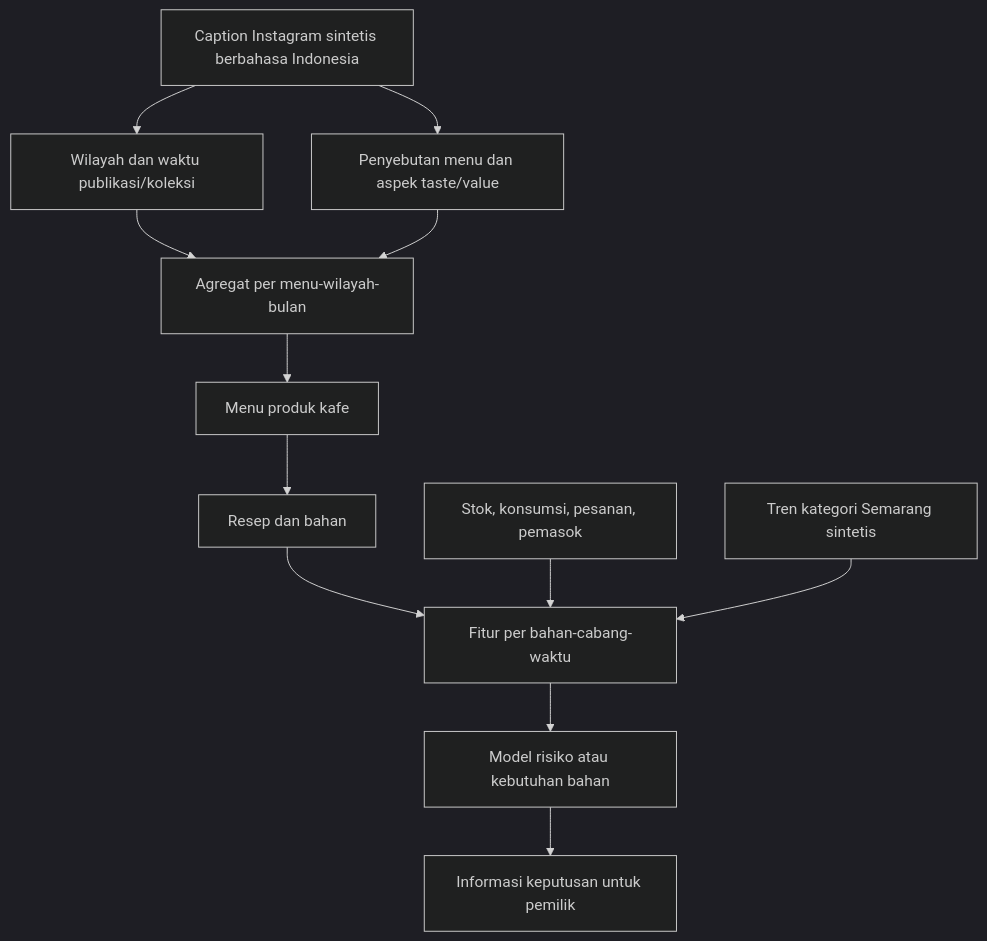
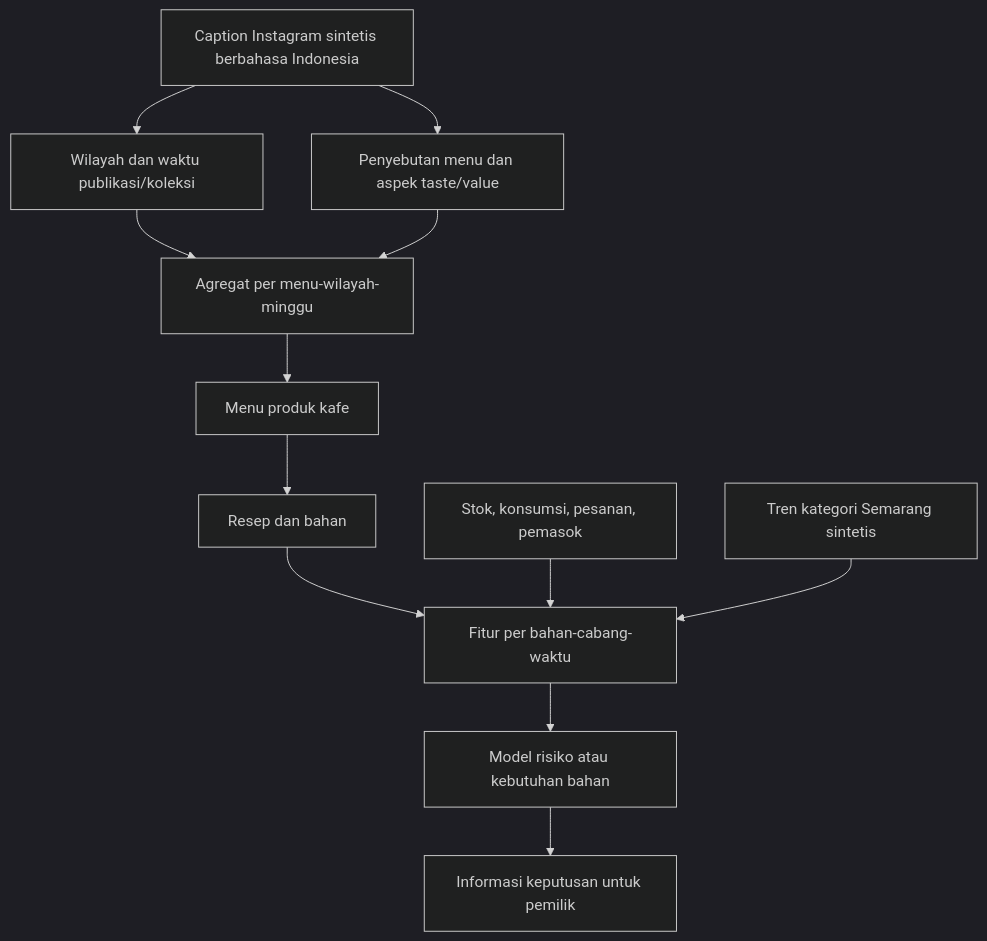
Before and after one commit to Mr-Javkuds/Sistem-Pendukung-Keputusan-Optimasi-Persediaan-Bahan-Baku-Kafe-Berbasis-Machine-Learning: the diagram in cafestock-synthetic-data/docs/sentimen_pasar_menu.md, drawn with Mermaid (dark theme). The commit also changed other lines of this file and 42 other files, not shown here.

````diff
--- a/cafestock-synthetic-data/docs/sentimen_pasar_menu.md
+++ b/cafestock-synthetic-data/docs/sentimen_pasar_menu.md
@@ -7,14 +7,14 @@
 ```mermaid
 flowchart TD
     A[Caption Instagram sintetis berbahasa Indonesia] --> B[Wilayah dan waktu publikasi/koleksi]
     A --> C[Penyebutan menu dan aspek taste/value]
-    B --> D[Agregat per menu-wilayah-bulan]
+    B --> D[Agregat per menu-wilayah-minggu]
     C --> D
     D --> E[Menu produk kafe]
     E --> F[Resep dan bahan]
     F --> G[Fitur per bahan-cabang-waktu]
     H[Stok, konsumsi, pesanan, pemasok] --> G
     I[Tren kategori Semarang sintetis] --> G
     G --> J[Model risiko atau kebutuhan bahan]
     J --> K[Informasi keputusan untuk pemilik]
 ```
````
